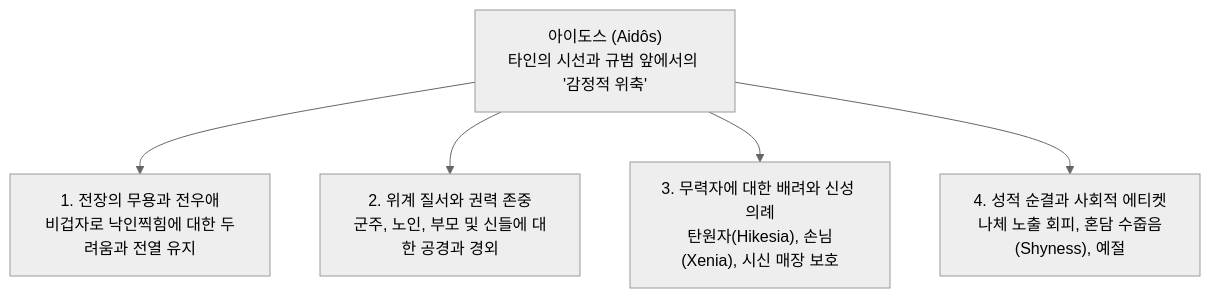
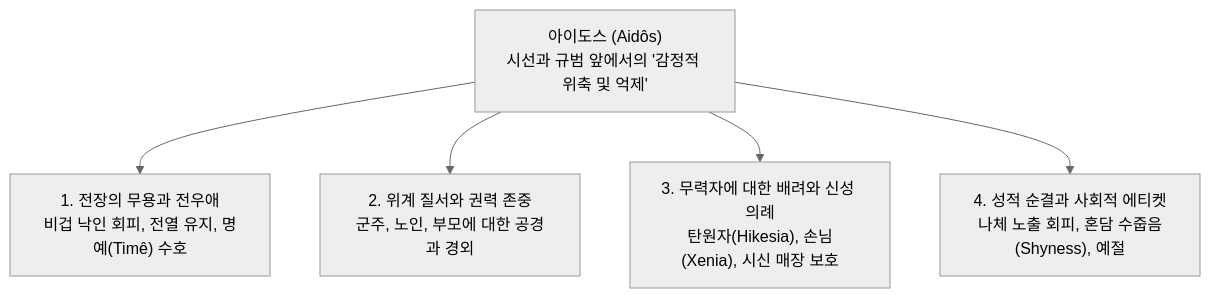
One commit to YgHnSIM/Homer_wiki changed the diagram in wiki/concepts/aidos.md. Above: the diagram before and after it, drawn with Mermaid (neutral theme). The commit also changed other lines of this file and 2 other files, not shown here.

````diff
--- a/wiki/concepts/aidos.md
+++ b/wiki/concepts/aidos.md
@@ -26,7 +32,7 @@
 ```mermaid
 graph TD
-    A["아이도스 (Aidôs)<br/>타인의 시선과 규범 앞에서의 '감정적 위축'"] --> B["1. 전장의 무용과 전우애<br/>비겁자로 낙인찍힘에 대한 두려움과 전열 유지"]
-    A --> C["2. 위계 질서와 권력 존중<br/>군주, 노인, 부모 및 신들에 대한 공경과 경외"]
+    A["아이도스 (Aidôs)<br/>시선과 규범 앞에서의 '감정적 위축 및 억제'"] --> B["1. 전장의 무용과 전우애<br/>비겁 낙인 회피, 전열 유지, 명예(Timê) 수호"]
+    A --> C["2. 위계 질서와 권력 존중<br/>군주, 노인, 부모에 대한 공경과 경외"]
     A --> D["3. 무력자에 대한 배려와 신성 의례<br/>탄원자(Hikesia), 손님(Xenia), 시신 매장 보호"]
     A --> E["4. 성적 순결과 사회적 에티켓<br/>나체 노출 회피, 혼담 수줍음(Shyness), 예절"]
 ```
````
